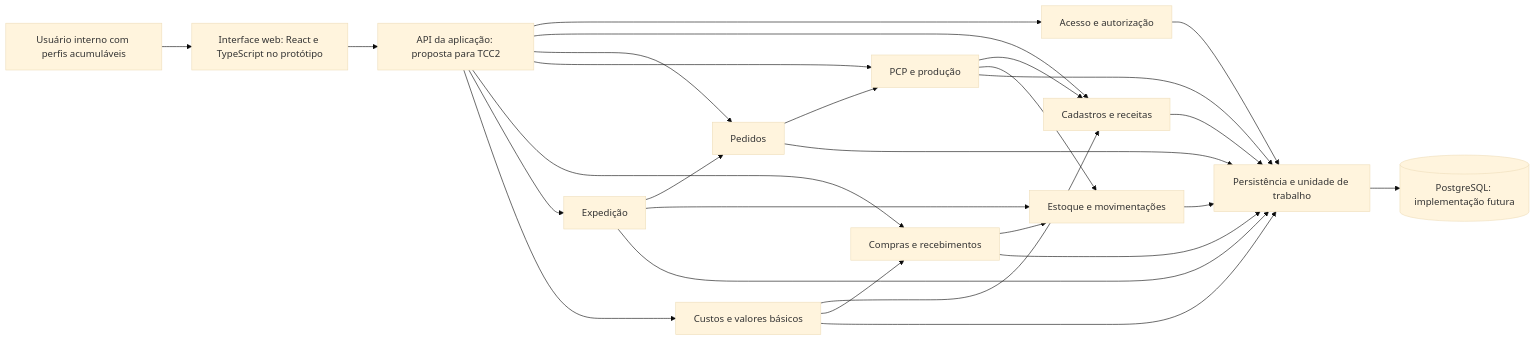
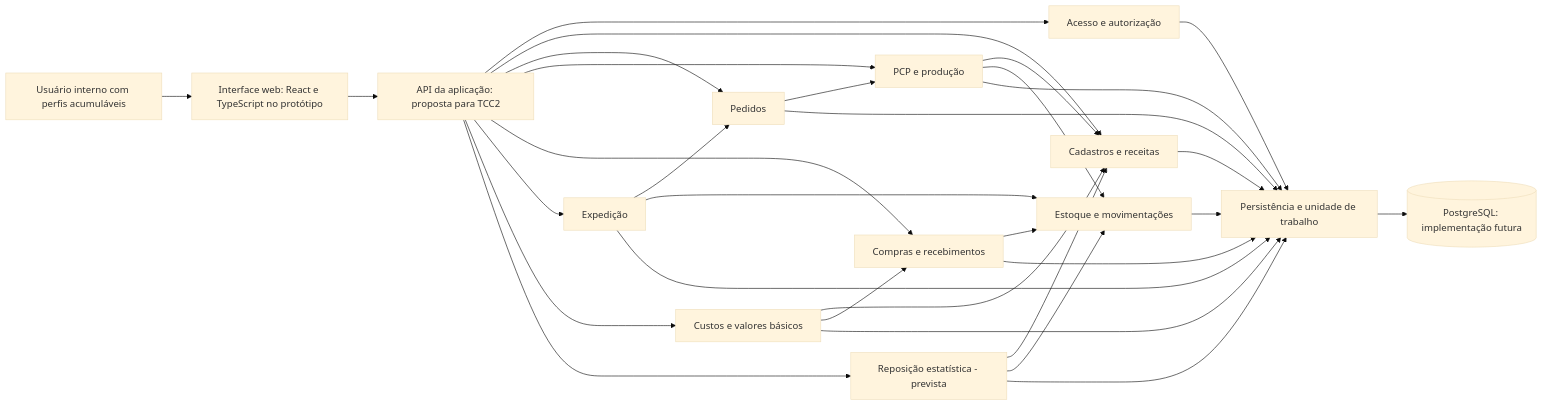
One commit to edumoreira7/TCC---Gestao-Integrada changed the diagram in docs/04-arquitetura/componentes.mmd. Above: the diagram before and after it, drawn with Mermaid (base theme). The commit also changed 27 other files, not shown here.

```diff
--- a/docs/04-arquitetura/componentes.mmd
+++ b/docs/04-arquitetura/componentes.mmd
@@ -1,27 +1,31 @@
 flowchart LR
     U[Usuário interno com perfis acumuláveis] --> UI[Interface web: React e TypeScript no protótipo]
     UI --> API[API da aplicação: proposta para TCC2]
     API --> AC[Acesso e autorização]
     API --> CAD[Cadastros e receitas]
     API --> PED[Pedidos]
     API --> PCP[PCP e produção]
     API --> COM[Compras e recebimentos]
     API --> EXP[Expedição]
     API --> FIN[Custos e valores básicos]
+    API --> REP[Reposição estatística - prevista]
+    REP --> CAD
+    REP --> EST
     PED --> PCP
     PCP --> CAD
     PCP --> EST[Estoque e movimentações]
     COM --> EST
     EXP --> PED
     EXP --> EST
     FIN --> CAD
     FIN --> COM
     CAD --> P[Persistência e unidade de trabalho]
     PED --> P
     PCP --> P
     COM --> P
     EXP --> P
     FIN --> P
     AC --> P
     EST --> P
+    REP --> P
     P --> DB[(PostgreSQL: implementação futura)]
```
